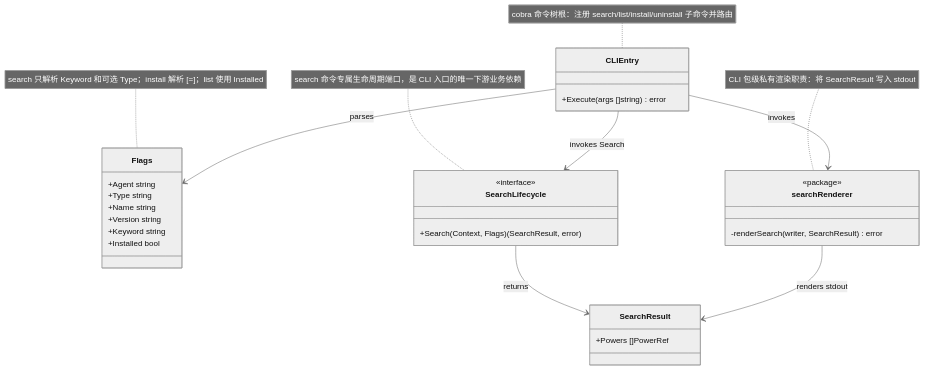
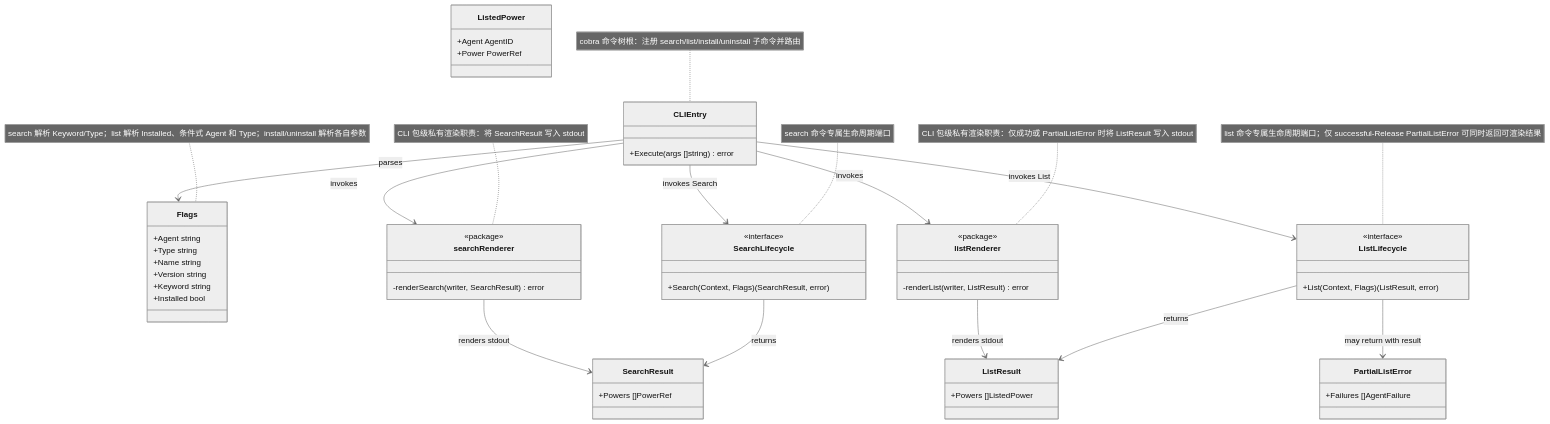
The diagram in ivory-tower/c4/components/apm-cli-diagrams/cli-entry.mmd (spacemit-com/agent-power-manager), drawn with Mermaid (neutral theme) before and after one commit. The commit also changed 6 other files, not shown here.

Commit message:
docs(list): correct lifecycle documentation

```diff
--- a/ivory-tower/c4/components/apm-cli-diagrams/cli-entry.mmd
+++ b/ivory-tower/c4/components/apm-cli-diagrams/cli-entry.mmd
@@ -1,37 +1,67 @@
 classDiagram
-    note for Flags "search 只解析 Keyword 和可选 Type；install 解析 <power>[=<version>]；list 使用 Installed"
+    note for Flags "search 解析 Keyword/Type；list 解析 Installed、条件式 Agent 和 Type；install/uninstall 解析各自参数"
     class Flags {
         +Agent string
         +Type string
         +Name string
         +Version string
         +Keyword string
         +Installed bool
     }
 
     class SearchResult {
         +Powers []PowerRef
     }
 
+    class ListedPower {
+        +Agent AgentID
+        +Power PowerRef
+    }
+
+    class ListResult {
+        +Powers []ListedPower
+    }
+
+    class PartialListError {
+        +Failures []AgentFailure
+    }
+
     note for CLIEntry "cobra 命令树根：注册 search/list/install/uninstall 子命令并路由"
     class CLIEntry {
         +Execute(args []string) error
     }
 
     note for searchRenderer "CLI 包级私有渲染职责：将 SearchResult 写入 stdout"
     class searchRenderer {
         <<package>>
         -renderSearch(writer, SearchResult) error
     }
 
-    note for SearchLifecycle "search 命令专属生命周期端口，是 CLI 入口的唯一下游业务依赖"
+    note for listRenderer "CLI 包级私有渲染职责：仅成功或 PartialListError 时将 ListResult 写入 stdout"
+    class listRenderer {
+        <<package>>
+        -renderList(writer, ListResult) error
+    }
+
+    note for SearchLifecycle "search 命令专属生命周期端口"
     class SearchLifecycle {
         <<interface>>
         +Search(Context, Flags) (SearchResult, error)
+    }
+
+    note for ListLifecycle "list 命令专属生命周期端口；仅 successful-Release PartialListError 可同时返回可渲染结果"
+    class ListLifecycle {
+        <<interface>>
+        +List(Context, Flags) (ListResult, error)
     }
 
     CLIEntry --> Flags : parses
     CLIEntry --> SearchLifecycle : invokes Search
     SearchLifecycle --> SearchResult : returns
     CLIEntry --> searchRenderer : invokes
     searchRenderer --> SearchResult : renders stdout
+    CLIEntry --> ListLifecycle : invokes List
+    ListLifecycle --> ListResult : returns
+    ListLifecycle --> PartialListError : may return with result
+    CLIEntry --> listRenderer : invokes
+    listRenderer --> ListResult : renders stdout
```
